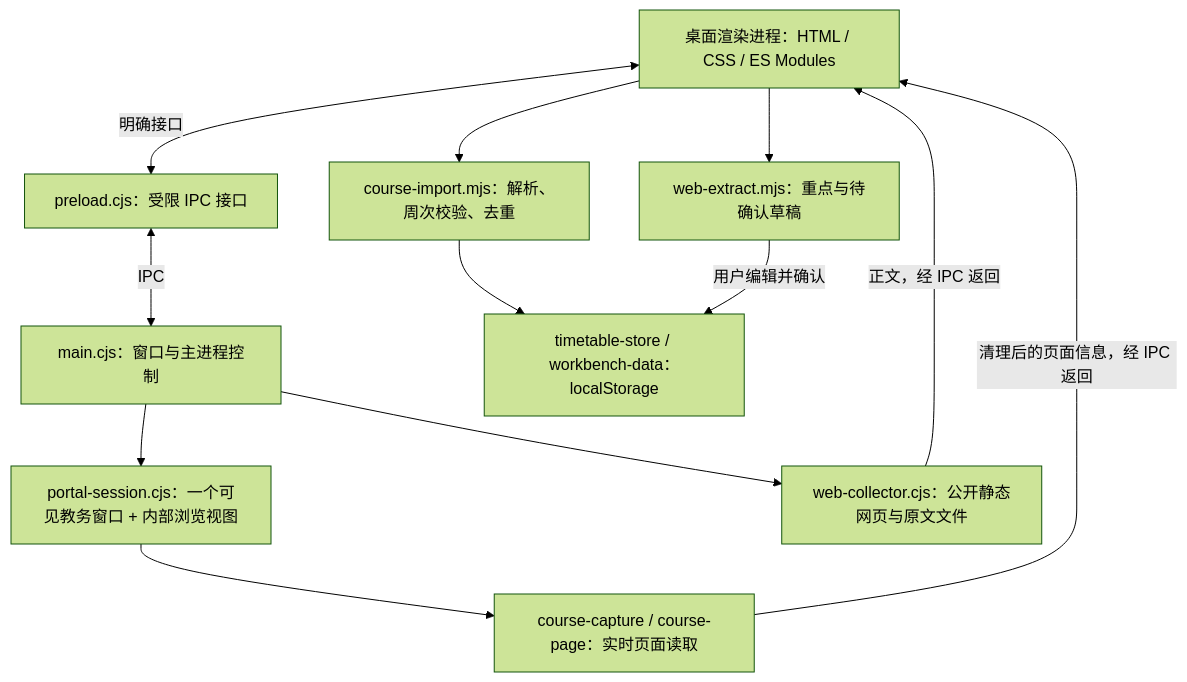
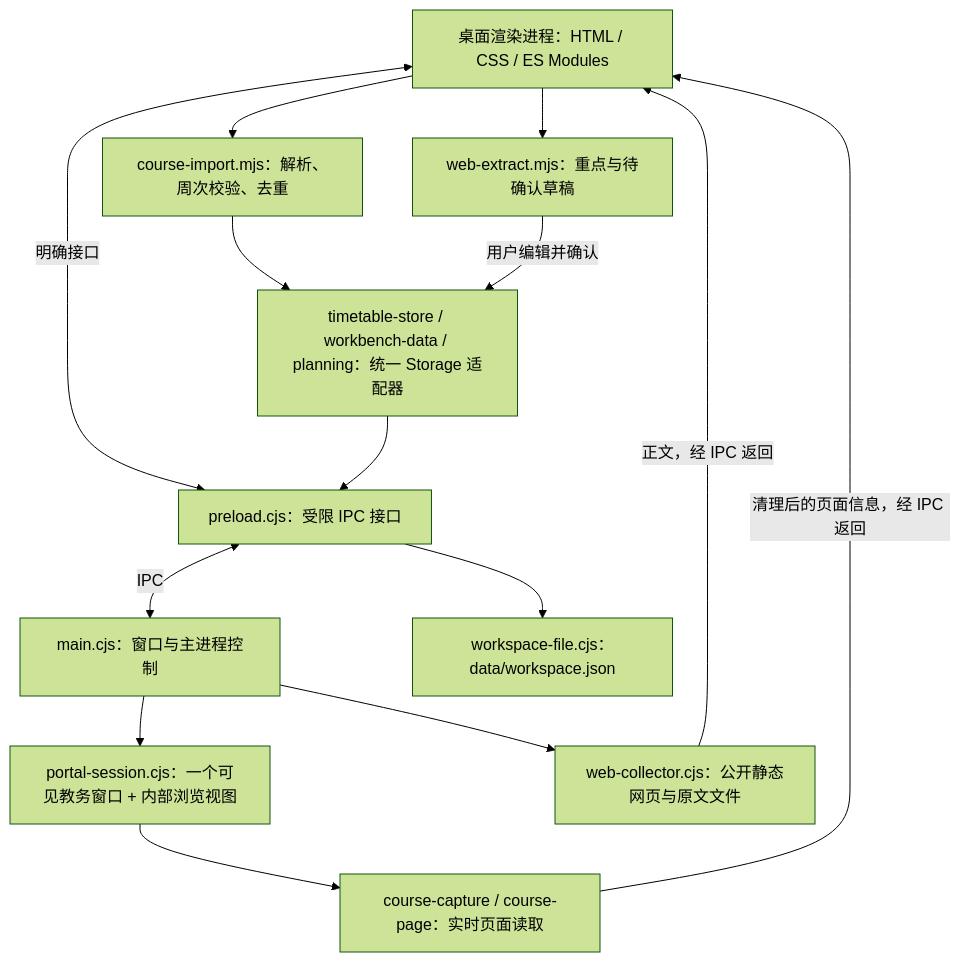
Before and after one commit to ArrSk/JeeWeave: the diagram in desktop/README.md, drawn with Mermaid (forest theme). The commit also changed other lines of this file and 62 other files, not shown here.

````diff
--- a/desktop/README.md
+++ b/desktop/README.md
@@ -30,22 +30,24 @@
 ```mermaid
 flowchart TB
   UI["桌面渲染进程：HTML / CSS / ES Modules"]
   Bridge["preload.cjs：受限 IPC 接口"]
   Main["main.cjs：窗口与主进程控制"]
   Portal["portal-session.cjs：一个可见教务窗口 + 内部浏览视图"]
   Capture["course-capture / course-page：实时页面读取"]
   Parser["course-import.mjs：解析、周次校验、去重"]
-  Store["timetable-store / workbench-data：localStorage"]
+  Store["timetable-store / workbench-data / planning：统一 Storage 适配器"]
+  File["workspace-file.cjs：data/workspace.json"]
   Collector["web-collector.cjs：公开静态网页与原文文件"]
   Draft["web-extract.mjs：重点与待确认草稿"]
   UI <-->|"明确接口"| Bridge
   Bridge <-->|"IPC"| Main
   Main --> Portal
   Portal --> Capture
   Capture -->|"清理后的页面信息，经 IPC 返回"| UI
   UI --> Parser --> Store
   Main --> Collector
   Collector -->|"正文，经 IPC 返回"| UI
   UI --> Draft
   Draft -->|"用户编辑并确认"| Store
+  Store --> Bridge --> File
 ```
````
